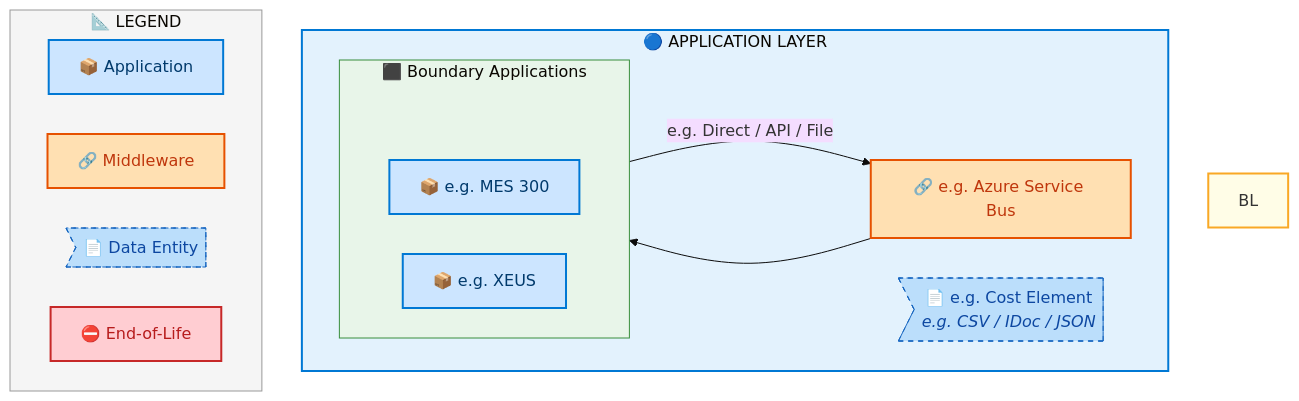
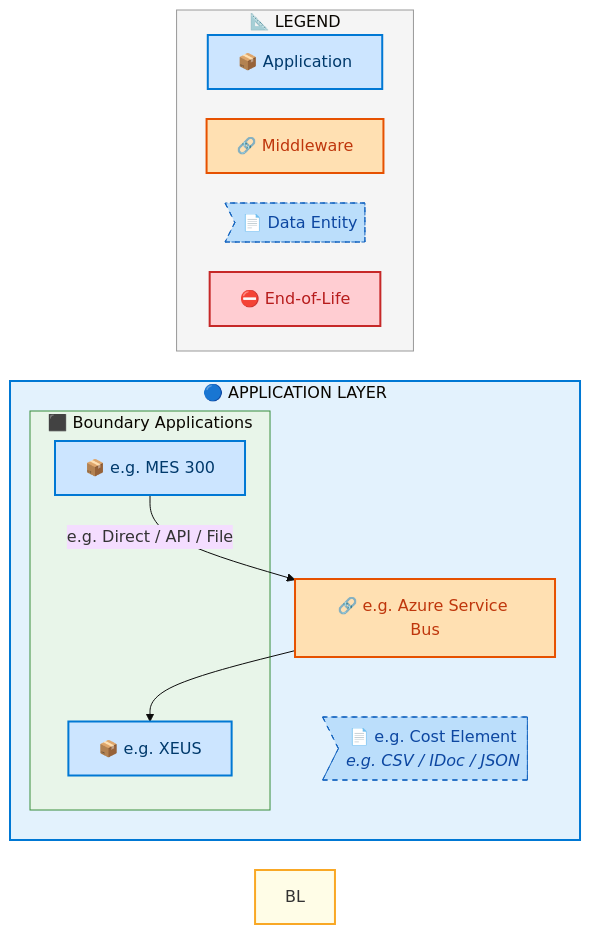
One commit to sajivfrancis777/IAO-Architecture changed diagram 18 of 21 in towers/E2E/Forecast to Stock/E2E-94/output/docs/systems-architecture/E2E-94-Architecture.md. Above: the diagram before and after it, drawn with Mermaid. The commit also changed other lines of this file and 252 other files, not shown here.

First line of the commit message:
fix: remove Mermaid ~~~ rank chain causing syntax error in v11.14.0

````diff
--- a/towers/E2E/Forecast to Stock/E2E-94/output/docs/systems-architecture/E2E-94-Architecture.md
+++ b/towers/E2E/Forecast to Stock/E2E-94/output/docs/systems-architecture/E2E-94-Architecture.md
@@ -1915,44 +1915,40 @@
 ```mermaid
-%%{init: {"theme": "base", "securityLevel": "loose", "themeVariables": {"fontSize": "16px", "fontFamily": "Segoe UI, Arial, sans-serif"}, "flowchart": {"useMaxWidth": false, "htmlLabels": true, "nodeSpacing": 40, "rankSpacing": 50}} }%%
-flowchart TB
+%%{init: {"theme": "base", "securityLevel": "loose", "themeVariables": {"fontSize": "16px", "fontFamily": "Segoe UI, Arial, sans-serif"}, "flowchart": {"useMaxWidth": false, "htmlLabels": true, "nodeSpacing": 30, "rankSpacing": 35}} }%%
+flowchart LR
     %% -- ArchiMate 3.2 + Azure style classes --
     classDef business      fill:#FFFFB3,stroke:#F9A825,stroke-width:2px,color:#000
     classDef app           fill:#CCE5FF,stroke:#0078D4,stroke-width:2px,color:#003A6C
     classDef data          fill:#BBDEFB,stroke:#1565C0,stroke-width:1px,color:#0D47A1,stroke-dasharray: 5 5
     classDef middleware    fill:#FFE0B2,stroke:#E65100,stroke-width:2px,color:#BF360C
     classDef eol           fill:#FFCDD2,stroke:#C62828,stroke-width:2px,color:#B71C1C
     classDef saas          fill:#E1BEE7,stroke:#7B1FA2,stroke-width:2px,color:#4A148C
     classDef cloud         fill:#BBDEFB,stroke:#1565C0,stroke-width:2px,color:#0D47A1
     classDef onprem        fill:#C8E6C9,stroke:#2E7D32,stroke-width:2px,color:#1B5E20
-    classDef rankAnchor    fill:none,stroke:none,color:transparent,font-size:1px
 
     subgraph AL["🔵 APPLICATION LAYER"]
-        direction LR
         subgraph E2E94CLN_Boundary_Applications[" ⬛ Boundary Applications"]
-            direction LR
-            E2E94C_ALRANK_0[ ]:::rankAnchor
             E2E94C_e_g_MES_300["📦 e.g. MES 300"]:::app
             E2E94C_e_g_XEUS["📦 e.g. XEUS"]:::app
         end
         E2E94CMW_e_g_Azure_Service_Bus["🔗 e.g. Azure Service Bus"]:::middleware
         E2E94CDE_e_g_Cost_Element>"📄 e.g. Cost Element<br/><i>e.g. CSV / IDoc / JSON</i>"]:::data
     end
 
     E2E94C_e_g_MES_300 -->|"e.g. Direct / API / File"| E2E94CMW_e_g_Azure_Service_Bus
     E2E94CMW_e_g_Azure_Service_Bus --> E2E94C_e_g_XEUS
 
 
     style BL fill:#FFFDE7,stroke:#F9A825,stroke-width:2px
     style AL fill:#E3F2FD,stroke:#0078D4,stroke-width:2px
 
     style E2E94CLN_Boundary_Applications fill:#E8F5E9,stroke:#388E3C,stroke-width:1px
 
     subgraph Legend["📐 LEGEND"]
         direction LR
         L_APP["📦 Application"]:::app
         L_MW["🔗 Middleware"]:::middleware
         L_DE>"📄 Data Entity"]:::data
         L_EOL["⛔ End-of-Life"]:::eol
     end
     style Legend fill:#F5F5F5,stroke:#999,stroke-width:1px
 ```
````
